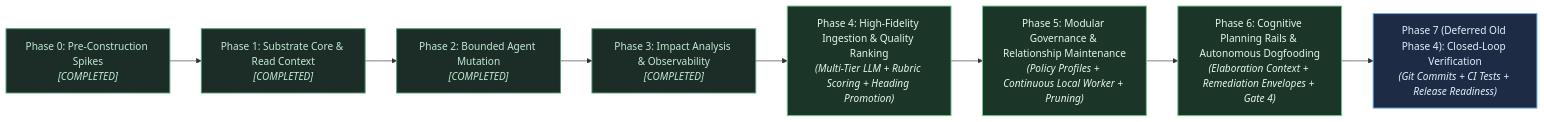
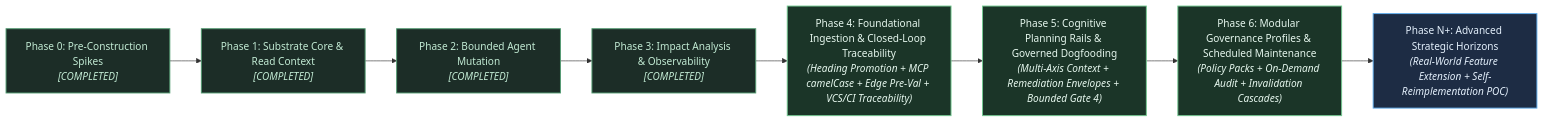
The first of 3 diagrams in docs/vision/strategic-planning-backlog.md (Shapedsundew9/tks), drawn with Mermaid before and after one commit. The commit also changed other lines of this file and 2 other files, not shown here.

Commit message:
Vision alignment (Stakeholder: gemini-3.8-flash-high, Visionary: gemini-3.8-flash-high)

````diff
--- a/docs/vision/strategic-planning-backlog.md
+++ b/docs/vision/strategic-planning-backlog.md
@@ -45,47 +53,47 @@
 ```mermaid
 %%{init: {
   'theme': 'base',
   'themeVariables': {
     'darkMode': true,
     'background': '#161922',
     'mainBkg': '#1e2230',
     'nodeBorder': '#434c5e',
     'textColor': '#e2e8f0',
     'fontFamily': 'ui-sans-serif, system-ui, -apple-system, BlinkMacSystemFont, "Segoe UI", Roboto, "Helvetica Neue", Arial, sans-serif',
     'fontSize': '14px',
     'lineColor': '#8892b0',
     'primaryColor': '#422026',
     'primaryTextColor': '#fde8ec',
     'primaryBorderColor': '#e06c75',
     'secondaryColor': '#1b3528',
     'secondaryTextColor': '#e6f7ee',
     'secondaryBorderColor': '#73c991',
     'tertiaryColor': '#1d2c44',
     'tertiaryTextColor': '#e4f0fc',
     'tertiaryBorderColor': '#61afef',
     'clusterBkg': '#13161f',
     'clusterBorder': '#373e51',
     'noteBkgColor': '#2e271a',
     'noteTextColor': '#fdf4db',
     'noteBorderColor': '#e5c07b',
     'edgeLabelBackground': '#1a1d27'
   }
 }}%%
 flowchart LR
     classDef primary fill:#422026,stroke:#e06c75,stroke-width:1.5px,color:#fde8ec;
     classDef secondary fill:#1b3528,stroke:#73c991,stroke-width:1.5px,color:#e6f7ee;
     classDef tertiary fill:#1d2c44,stroke:#61afef,stroke-width:1.5px,color:#e4f0fc;
     classDef completed fill:#1c2d27,stroke:#529b71,stroke-width:1.5px,color:#c2ebd4;
 
     P0["Phase 0: Pre-Construction Spikes<br/><i>[COMPLETED]</i>"]:::completed
     P1["Phase 1: Substrate Core & Read Context<br/><i>[COMPLETED]</i>"]:::completed
     P2["Phase 2: Bounded Agent Mutation<br/><i>[COMPLETED]</i>"]:::completed
     P3["Phase 3: Impact Analysis & Observability<br/><i>[COMPLETED]</i>"]:::completed
 
-    P4["Phase 4: High-Fidelity Ingestion & Quality Ranking<br/><i>(Multi-Tier LLM + Rubric Scoring + Heading Promotion)</i>"]:::secondary
-    P5["Phase 5: Modular Governance & Relationship Maintenance<br/><i>(Policy Profiles + Continuous Local Worker + Pruning)</i>"]:::secondary
-    P6["Phase 6: Cognitive Planning Rails & Autonomous Dogfooding<br/><i>(Elaboration Context + Remediation Envelopes + Gate 4)</i>"]:::secondary
-    P7["Phase 7 (Deferred Old Phase 4): Closed-Loop Verification<br/><i>(Git Commits + CI Tests + Release Readiness)</i>"]:::tertiary
+    P4["Phase 4: Foundational Ingestion & Closed-Loop Traceability<br/><i>(Heading Promotion + MCP camelCase + Edge Pre-Val + VCS/CI Traceability)</i>"]:::secondary
+    P5["Phase 5: Cognitive Planning Rails & Governed Dogfooding<br/><i>(Multi-Axis Context + Remediation Envelopes + Bounded Gate 4)</i>"]:::secondary
+    P6["Phase 6: Modular Governance Profiles & Scheduled Maintenance<br/><i>(Policy Packs + On-Demand Audit + Invalidation Cascades)</i>"]:::secondary
+    PN["Phase N+: Advanced Strategic Horizons<br/><i>(Real-World Feature Extension + Self-Reimplementation POC)</i>"]:::tertiary
 
-    P0 --> P1 --> P2 --> P3 --> P4 --> P5 --> P6 --> P7
+    P0 --> P1 --> P2 --> P3 --> P4 --> P5 --> P6 --> PN
 ```
````
